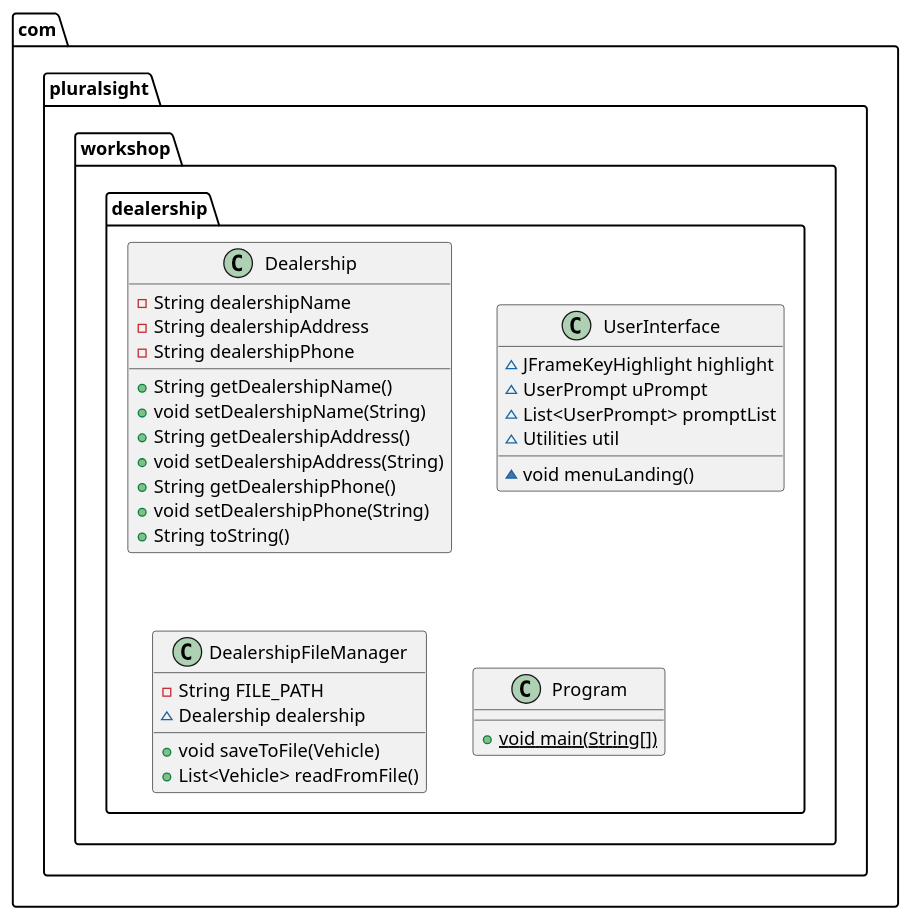
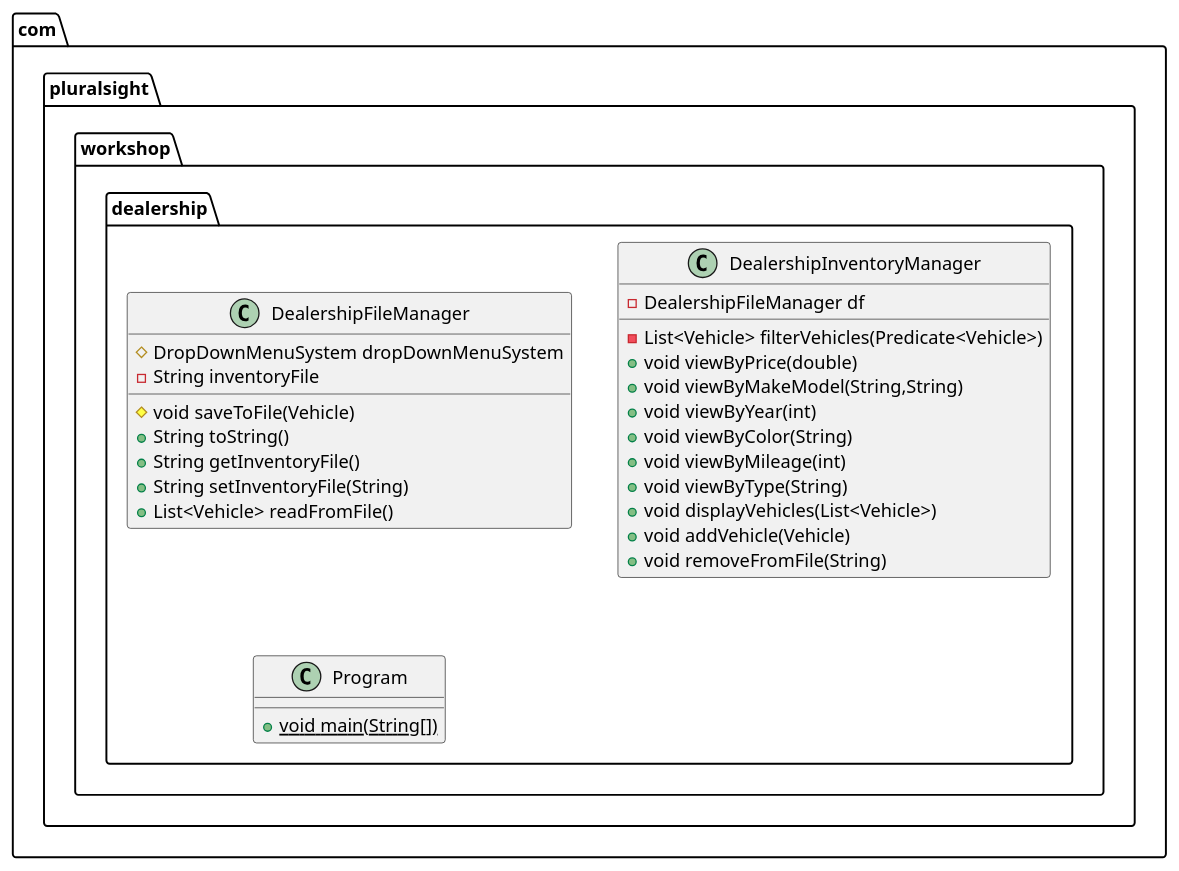
Before and after one commit to nmulvaine/workbook-4: the diagram in DealershipUML.puml, drawn with PlantUML. The commit also changed 18 other files, not shown here.

```diff
--- a/DealershipUML.puml
+++ b/DealershipUML.puml
@@ -1,37 +1,32 @@
 @startuml
-class com.pluralsight.workshop.dealership.Dealership {
-- String dealershipName
-- String dealershipAddress
-- String dealershipPhone
-+ String getDealershipName()
-+ void setDealershipName(String)
-+ String getDealershipAddress()
-+ void setDealershipAddress(String)
-+ String getDealershipPhone()
-+ void setDealershipPhone(String)
+class com.pluralsight.workshop.dealership.DealershipFileManager {
+# DropDownMenuSystem dropDownMenuSystem
+- String inventoryFile
+# void saveToFile(Vehicle)
 + String toString()
++ String getInventoryFile()
++ String setInventoryFile(String)
++ List<Vehicle> readFromFile()
 }
 
 
-class com.pluralsight.workshop.dealership.UserInterface {
-~ JFrameKeyHighlight highlight
-~ UserPrompt uPrompt
-~ List<UserPrompt> promptList
-~ Utilities util
-~ void menuLanding()
-}
-
-
-class com.pluralsight.workshop.dealership.DealershipFileManager {
-- String FILE_PATH
-~ Dealership dealership
-+ void saveToFile(Vehicle)
-+ List<Vehicle> readFromFile()
+class com.pluralsight.workshop.dealership.DealershipInventoryManager {
+- DealershipFileManager df
+- List<Vehicle> filterVehicles(Predicate<Vehicle>)
++ void viewByPrice(double)
++ void viewByMakeModel(String,String)
++ void viewByYear(int)
++ void viewByColor(String)
++ void viewByMileage(int)
++ void viewByType(String)
++ void displayVehicles(List<Vehicle>)
++ void addVehicle(Vehicle)
++ void removeFromFile(String)
 }
 
 
 class com.pluralsight.workshop.dealership.Program {
 + {static} void main(String[])
 }
 
 @enduml
```
